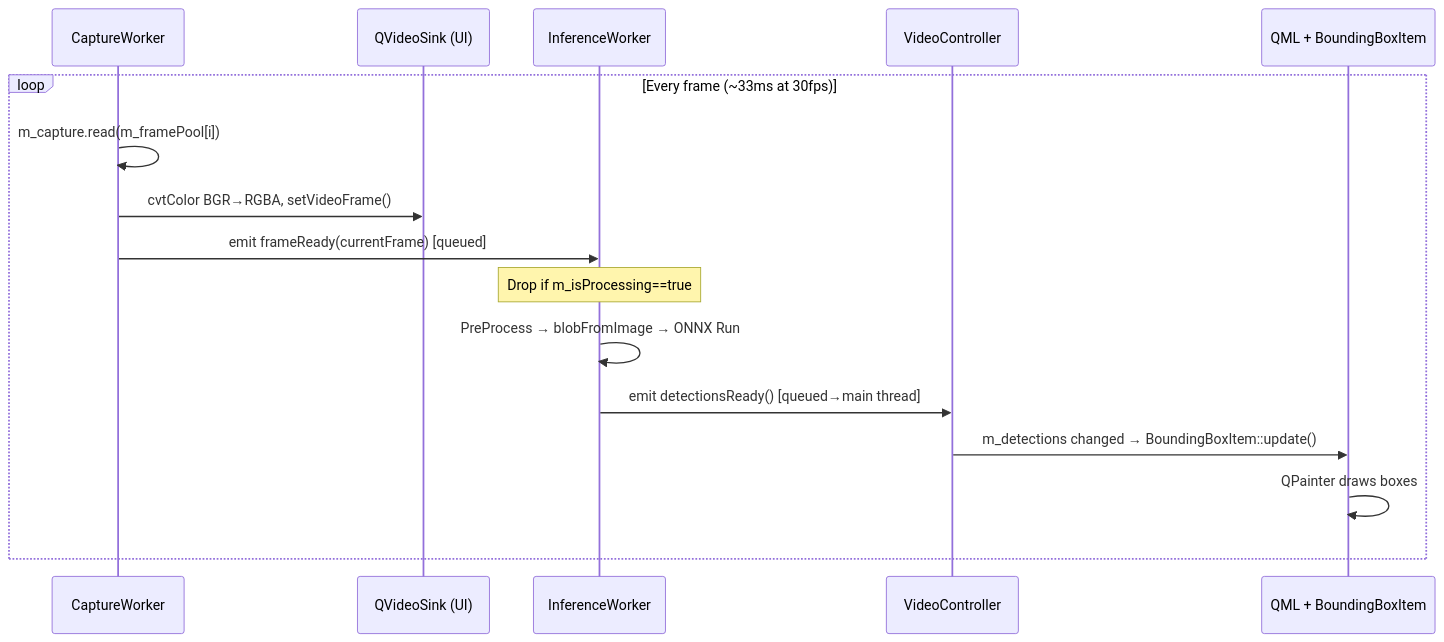
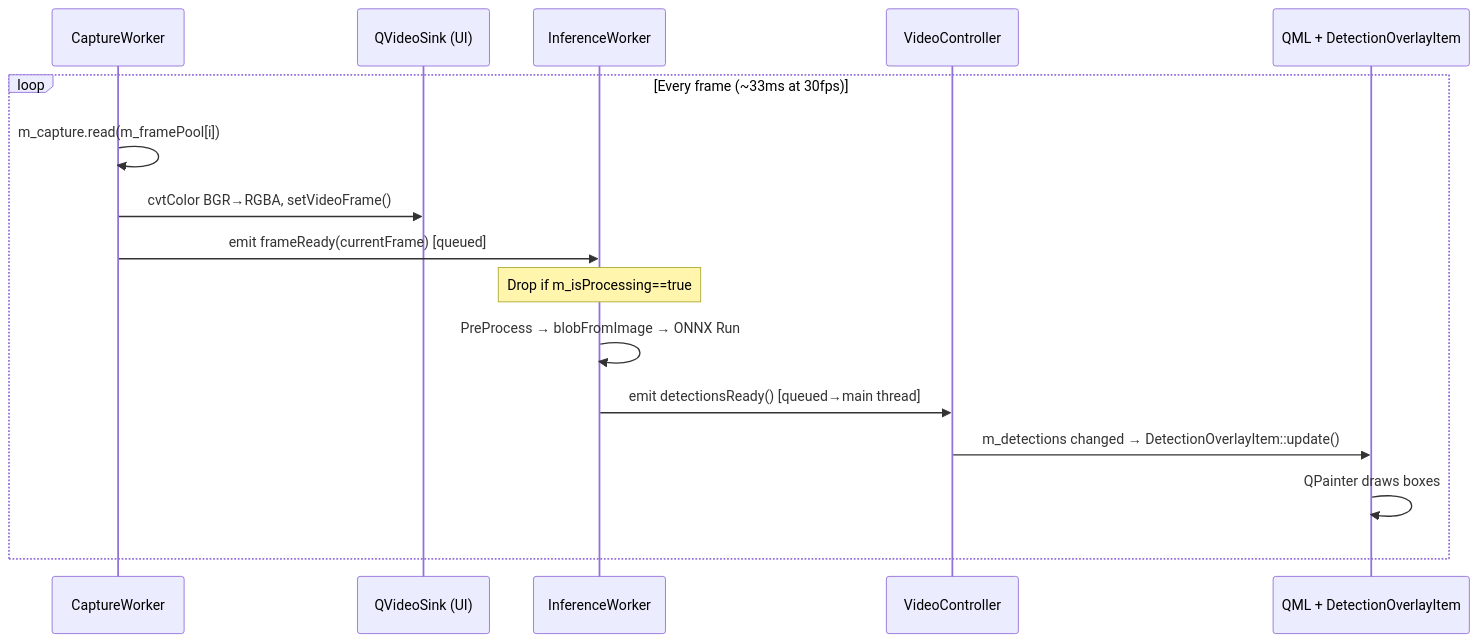
Before and after one commit to andhiyaulhaq/QtQML-YOLOApp: the second of 2 diagrams in docs/architecture_evaluation.md, drawn with Mermaid. The commit also changed other lines of this file and 9 other files, not shown here.

First line of the commit message:
refactor: rename BoundingBoxItem to DetectionOverlayItem

````diff
--- a/docs/architecture_evaluation.md
+++ b/docs/architecture_evaluation.md
@@ -31,19 +31,19 @@
 ```mermaid
 sequenceDiagram
     participant CAP as CaptureWorker
     participant SINK as QVideoSink (UI)
     participant INF as InferenceWorker
     participant VC as VideoController
-    participant QML as QML + BoundingBoxItem
+    participant QML as QML + DetectionOverlayItem
 
     loop Every frame (~33ms at 30fps)
         CAP->>CAP: m_capture.read(m_framePool[i])
         CAP->>SINK: cvtColor BGR→RGBA, setVideoFrame()
         CAP->>INF: emit frameReady(currentFrame) [queued]
         Note over INF: Drop if m_isProcessing==true
         INF->>INF: PreProcess → blobFromImage → ONNX Run
         INF->>VC: emit detectionsReady() [queued→main thread]
-        VC->>QML: m_detections changed → BoundingBoxItem::update()
+        VC->>QML: m_detections changed → DetectionOverlayItem::update()
         QML->>QML: QPainter draws boxes
     end
 ```
````
